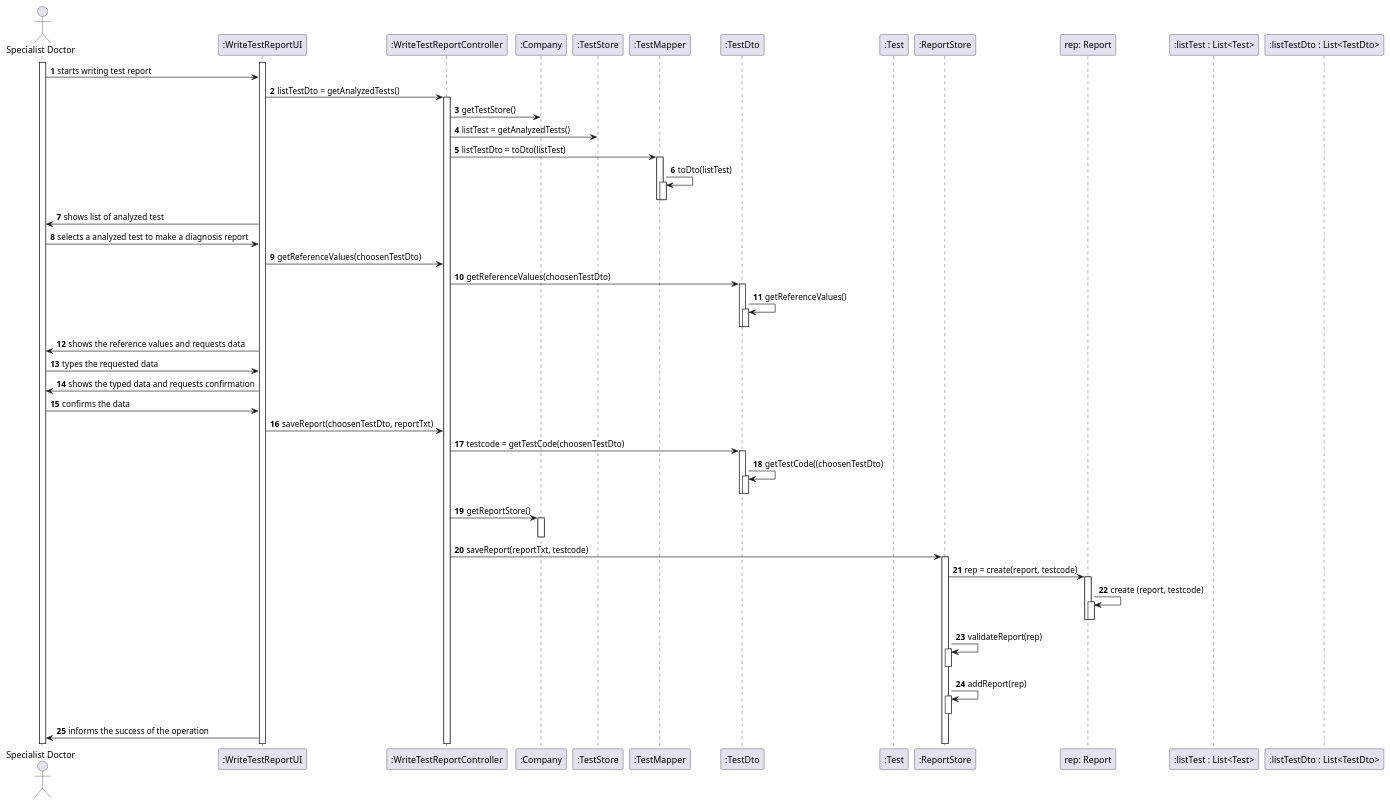
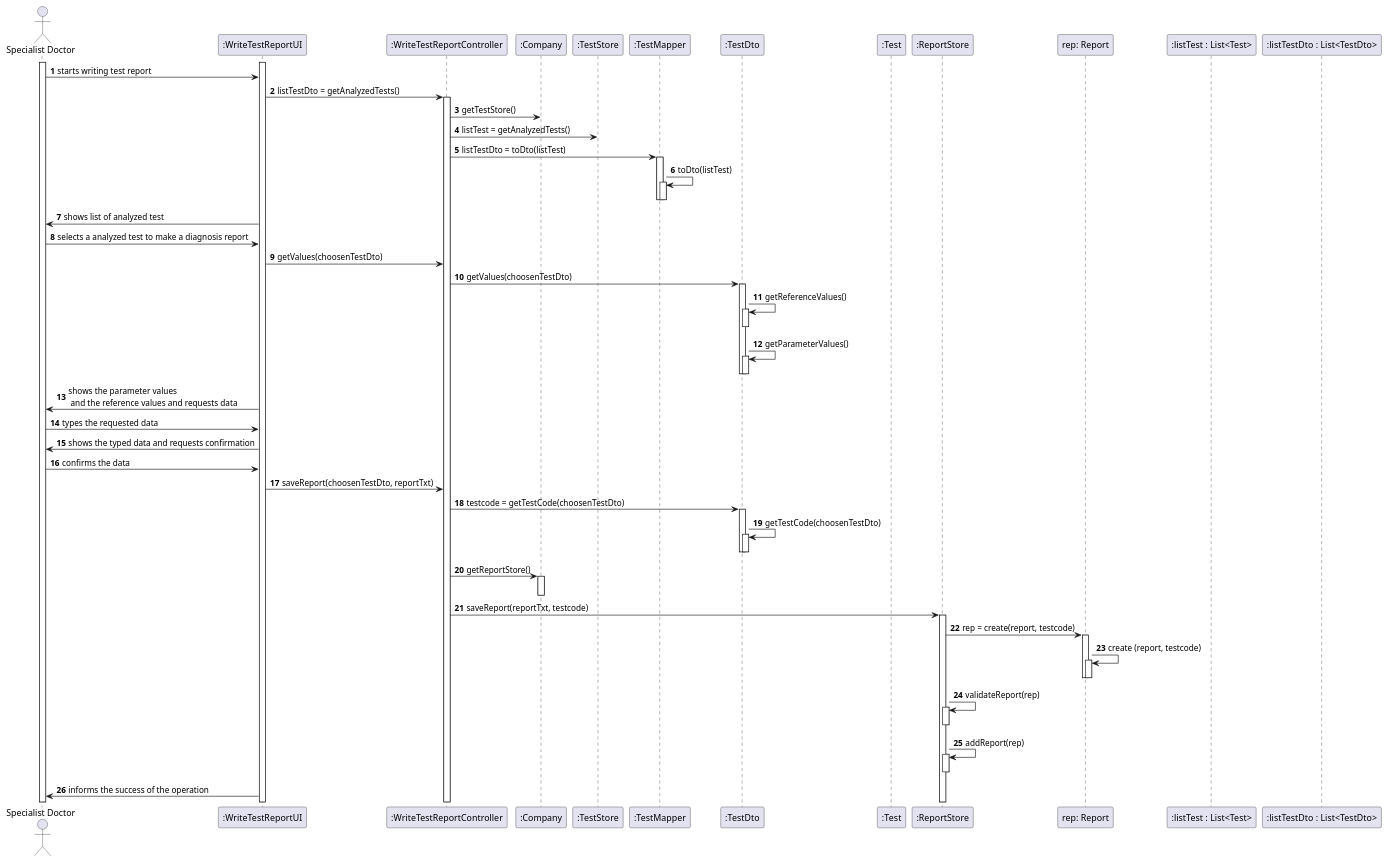
Before and after one commit to 0franciscor/lei-21-s2-1de-g19: the diagram in docs/SprintC/US14/US14_SD.puml, drawn with PlantUML. The commit also changed 4 other files, not shown here.

```diff
--- a/docs/SprintC/US14/US14_SD.puml
+++ b/docs/SprintC/US14/US14_SD.puml
@@ -1,59 +1,60 @@
 @startuml
 'https://plantuml.com/sequence-diagram
 
 autonumber
 actor "Specialist Doctor" as SD
 activate SD
 activate ":WriteTestReportUI"
 SD -> ":WriteTestReportUI" : starts writing test report
 ":WriteTestReportUI" -> ":WriteTestReportController" : listTestDto = getAnalyzedTests()
 activate ":WriteTestReportController"
 ":WriteTestReportController" -> ":Company" : getTestStore()
 ":WriteTestReportController" -> ":TestStore" : listTest = getAnalyzedTests()
 ":WriteTestReportController" -> ":TestMapper" : listTestDto = toDto(listTest)
 activate ":TestMapper"
 ":TestMapper" -> ":TestMapper" ++ : toDto(listTest)
 deactivate ":TestMapper"
 
 deactivate ":TestMapper"
 ":WriteTestReportUI" -> SD : shows list of analyzed test
 SD -> ":WriteTestReportUI" : selects a analyzed test to make a diagnosis report
-":WriteTestReportUI" -> ":WriteTestReportController" : getReferenceValues(choosenTestDto)
-":WriteTestReportController" -> ":TestDto" : getReferenceValues(choosenTestDto)
+":WriteTestReportUI" -> ":WriteTestReportController" : getValues(choosenTestDto)
+":WriteTestReportController" -> ":TestDto" : getValues(choosenTestDto)
 activate ":TestDto"
 ":TestDto" -> ":TestDto" ++ : getReferenceValues()
 deactivate ":TestDto"
-
+":TestDto" -> ":TestDto" ++ : getParameterValues()
 deactivate ":TestDto"
-":WriteTestReportUI" -> SD : shows the reference values and requests data
+deactivate ":TestDto"
+":WriteTestReportUI" -> SD : shows the parameter values \n and the reference values and requests data
 deactivate ":Test"
 SD -> ":WriteTestReportUI" : types the requested data
 ":WriteTestReportUI" -> SD : shows the typed data and requests confirmation
 SD -> ":WriteTestReportUI" :  confirms the data
 
 ":WriteTestReportUI" -> ":WriteTestReportController" : saveReport(choosenTestDto, reportTxt)
 ":WriteTestReportController" -> ":TestDto" ++ : testcode = getTestCode(choosenTestDto)
-":TestDto" -> ":TestDto" : getTestCode((choosenTestDto)
+":TestDto" -> ":TestDto" : getTestCode(choosenTestDto)
 activate ":TestDto"
 deactivate ":TestDto"
 deactivate ":TestDto"
 
 ":WriteTestReportController" -> ":Company" : getReportStore()
 activate ":Company"
 deactivate ":Company"
 ":WriteTestReportController" -> ":ReportStore" : saveReport(reportTxt, testcode)
 
 activate ":ReportStore"
 ":ReportStore" -> "rep: Report" : rep = create(report, testcode)
 activate "rep: Report"
 "rep: Report" -> "rep: Report" ++ : create (report, testcode)
 deactivate "rep: Report"
 deactivate "rep: Report"
 ":ReportStore" -> ":ReportStore" ++ : validateReport(rep)
 deactivate
 ":ReportStore" -> ":ReportStore" ++ : addReport(rep)
 deactivate ":ReportStore"
 ":WriteTestReportUI" -> SD : informs the success of the operation
 participant ":listTest : List<Test>"
 participant ":listTestDto : List<TestDto>"
 @enduml
```
